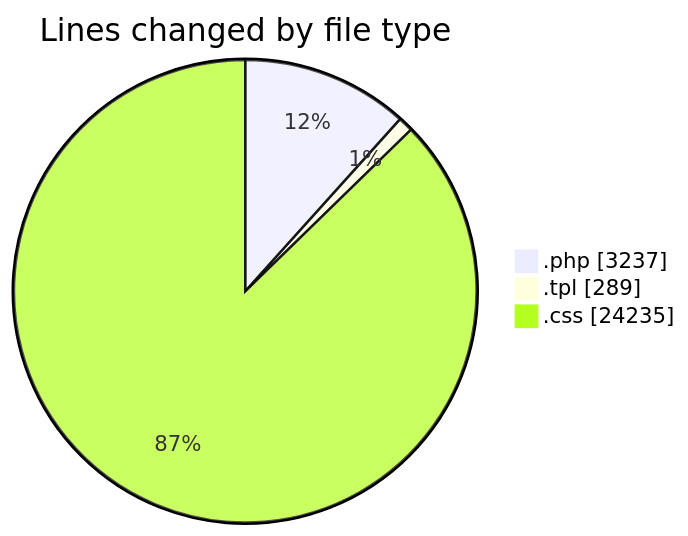
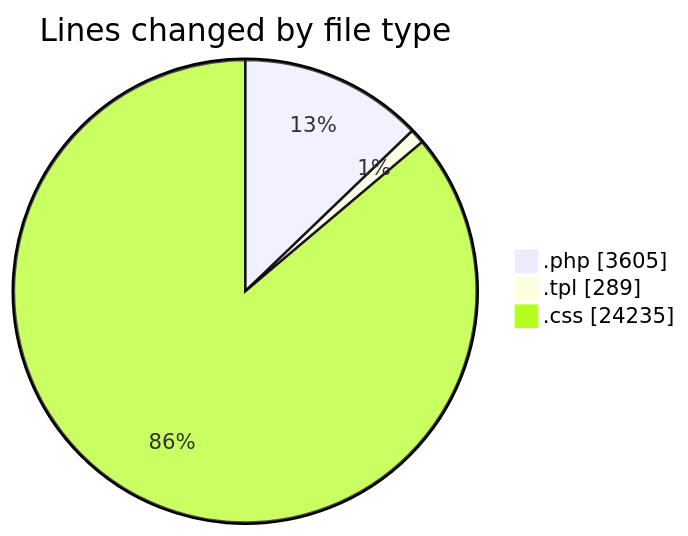
Before and after one commit to vahidmafi/code-tracking: the first of 2 diagrams in 2025-04-18/zeytoon/README.md, drawn with Mermaid. The commit also changed other lines of this file and 1 other file, not shown here.

````diff
--- a/2025-04-18/zeytoon/README.md
+++ b/2025-04-18/zeytoon/README.md
@@ -26,7 +27,7 @@
 ```mermaid
 pie showData
 title Lines changed by file type
-".php" : 3237
+".php" : 3605
 ".tpl" : 289
 ".css" : 24235
 ```
````
